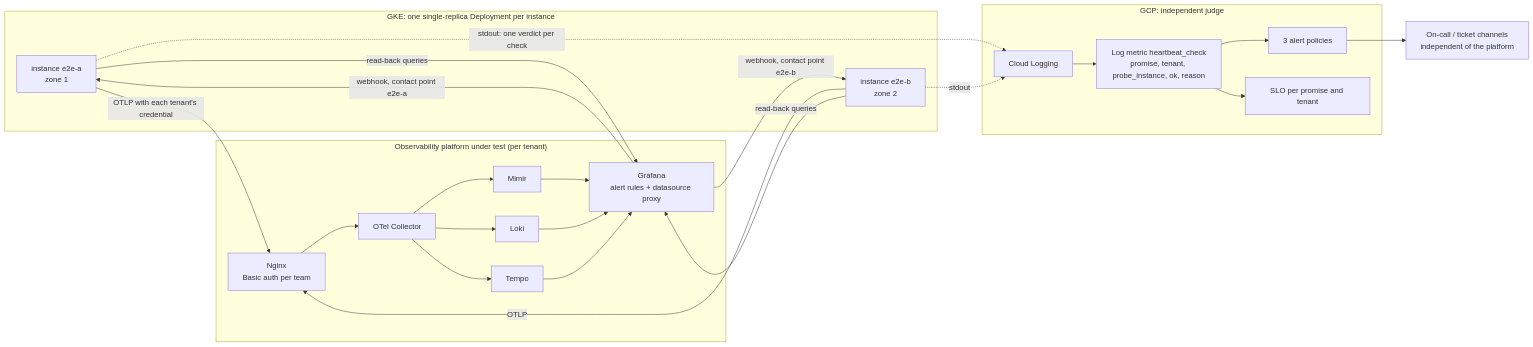
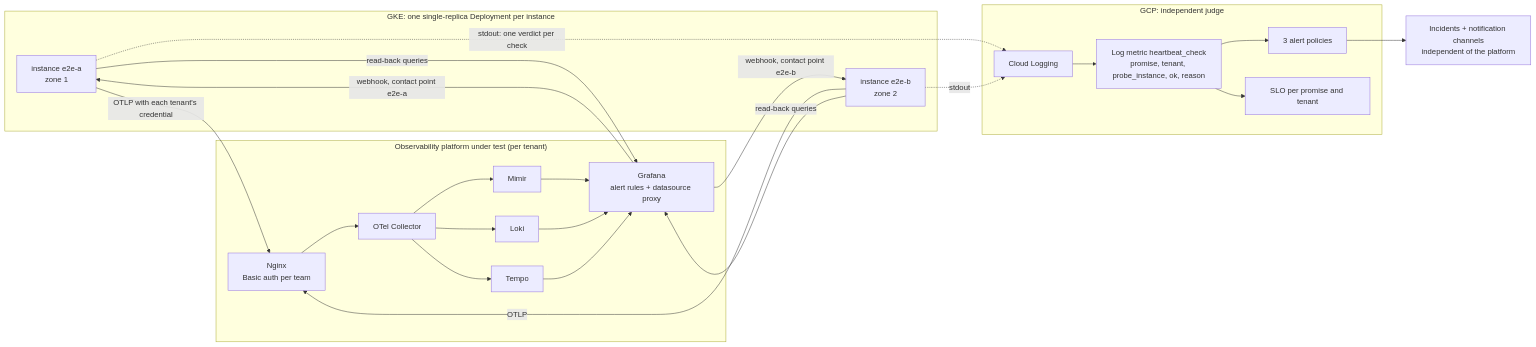
Before and after one commit to ileoliao/agent-repo: the first of 6 diagrams in heartbeat-probe/README.md, drawn with Mermaid. The commit also changed other lines of this file and 11 other files, not shown here.

````diff
--- a/heartbeat-probe/README.md
+++ b/heartbeat-probe/README.md
@@ -27,33 +27,33 @@
 ```mermaid
 flowchart LR
   subgraph GKE["GKE: one single-replica Deployment per instance"]
     A["instance e2e-a<br/>zone 1"]
     B["instance e2e-b<br/>zone 2"]
   end
 
   subgraph STACK["Observability platform under test (per tenant)"]
     NG["Nginx<br/>Basic auth per team"] --> OC["OTel Collector"]
     OC --> MM["Mimir"]
     OC --> LK["Loki"]
     OC --> TP["Tempo"]
     MM --> GR["Grafana<br/>alert rules + datasource proxy"]
     LK --> GR
     TP --> GR
   end
 
   subgraph GCP["GCP: independent judge"]
     CL["Cloud Logging"] --> LM["Log metric heartbeat_check<br/>promise, tenant, probe_instance, ok, reason"]
     LM --> POL["3 alert policies"]
     LM --> SLO["SLO per promise and tenant"]
   end
 
   A -- "OTLP with each tenant's credential" --> NG
   B -- "OTLP" --> NG
   GR -- "webhook, contact point e2e-a" --> A
   GR -- "webhook, contact point e2e-b" --> B
   A -- "read-back queries" --> GR
   B -- "read-back queries" --> GR
   A -. "stdout: one verdict per check" .-> CL
   B -. "stdout" .-> CL
-  POL --> ONCALL["On-call / ticket channels<br/>independent of the platform"]
+  POL --> ONCALL["Incidents + notification channels<br/>independent of the platform"]
 ```
````
